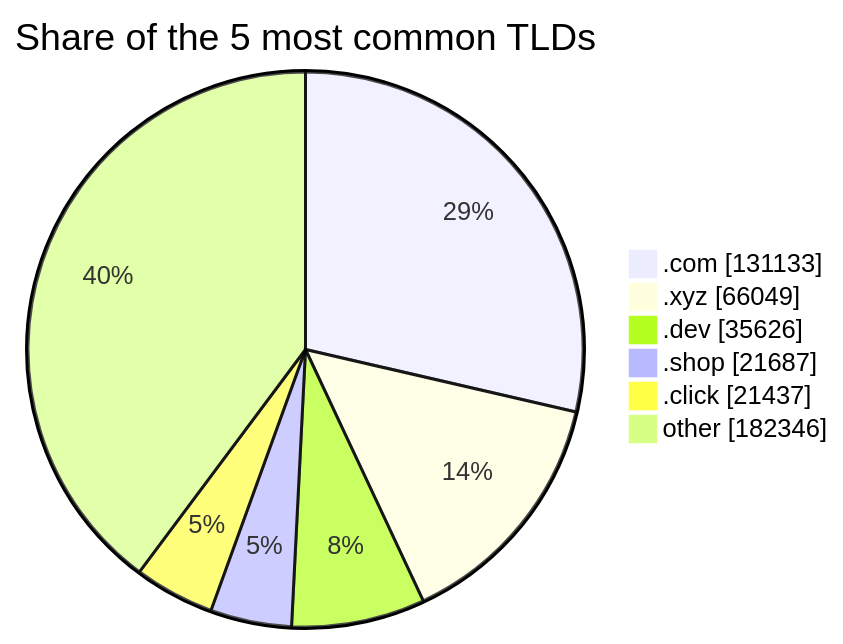
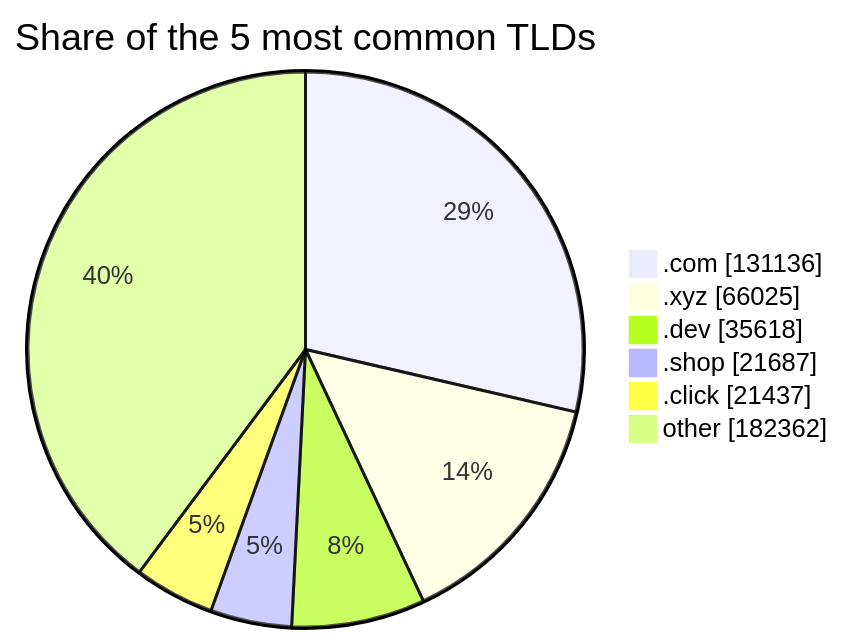
Before and after one commit to DNSBunker/CTI: the third of 3 diagrams in README.md, drawn with Mermaid. The commit also changed other lines of this file and 3 other files, not shown here.

````diff
--- a/README.md
+++ b/README.md
@@ -81,9 +81,9 @@
 ```mermaid
 pie showData title Share of the 5 most common TLDs
-    ".com" : 131133
-    ".xyz" : 66049
-    ".dev" : 35626
+    ".com" : 131136
+    ".xyz" : 66025
+    ".dev" : 35618
     ".shop" : 21687
     ".click" : 21437
-    "other" : 182346
+    "other" : 182362
 ```
````
